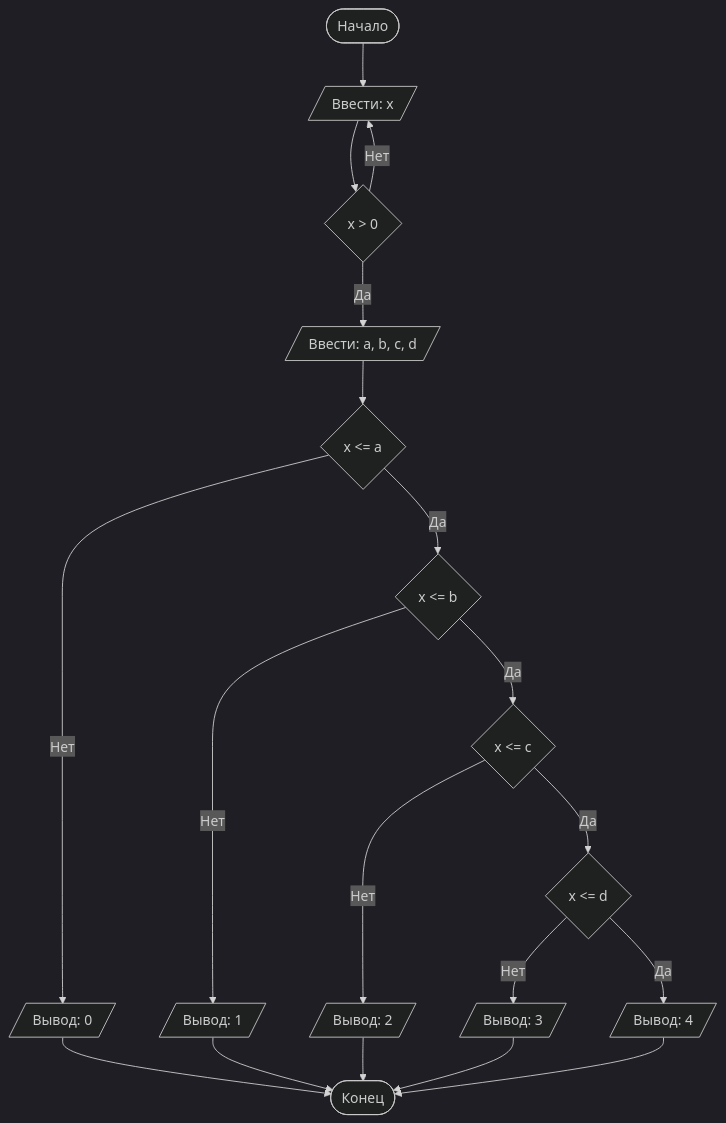
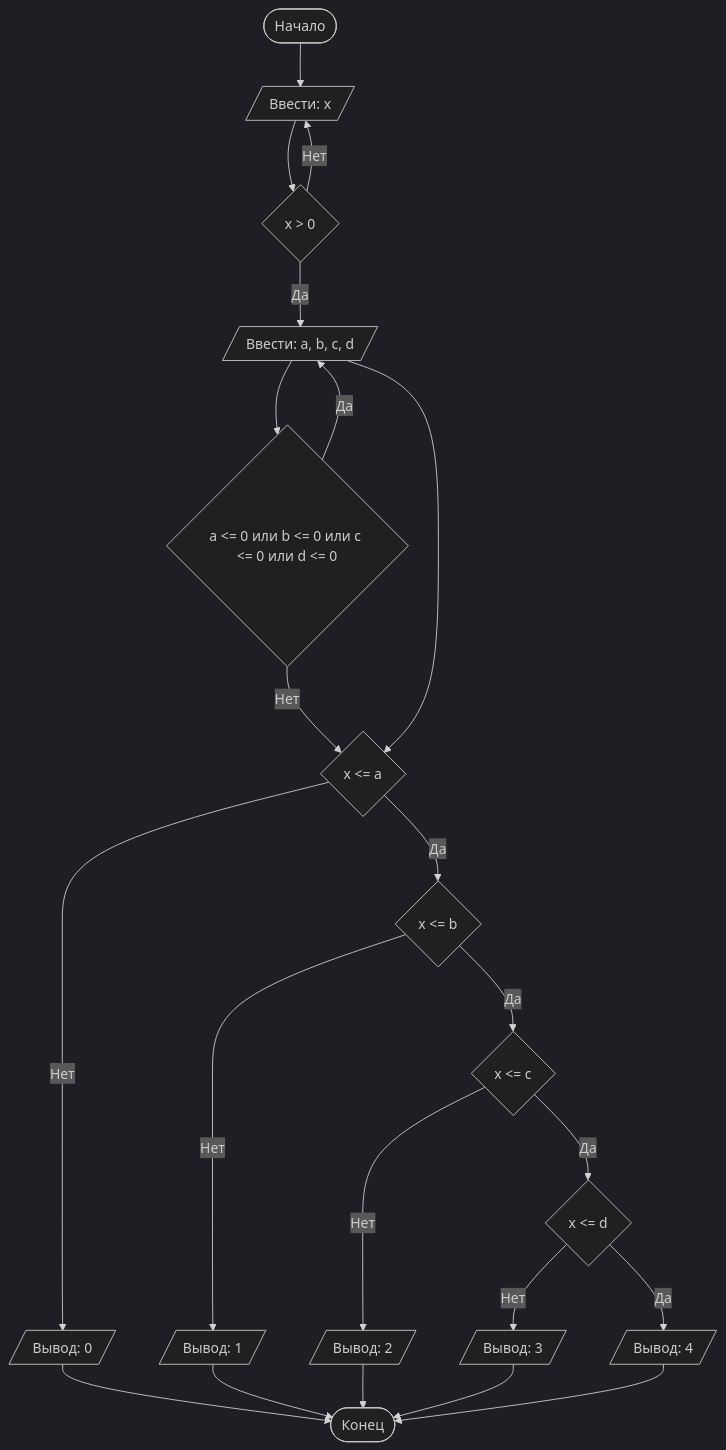
The diagram in README.md (abihuf/lab1), drawn with Mermaid (dark theme) before and after one commit.

````diff
--- a/README.md
+++ b/README.md
@@ -94,22 +94,25 @@
 ```mermaid
 graph TD
     A([Начало]) --> B[/Ввести: x/]
     B --> L{x > 0}
     L -- Нет --> B
     L -- Да --> N[/Ввести: a, b, c, d/]
+    N --> O{a <= 0 или b <= 0 или c <= 0 или d <= 0}
+    O -- Нет --> C
+    O -- Да --> N
     N --> C{x <= a}
     C -- Нет --> D[/Вывод: 0/]
     D --> Z([Конец])
     C -- Да --> E{x <= b}
     E -- Нет --> F[/Вывод: 1/]
     F --> Z([Конец])
     E -- Да --> G{x <= c}
     G -- Нет --> H[/Вывод: 2/]
     H --> Z([Конец])
     G -- Да --> I{x <= d}
     I -- Нет --> J[/Вывод: 3/]
     J --> Z([Конец])
     I -- Да --> K[/Вывод: 4/]
     K --> Z([Конец])
 
 ```
````
